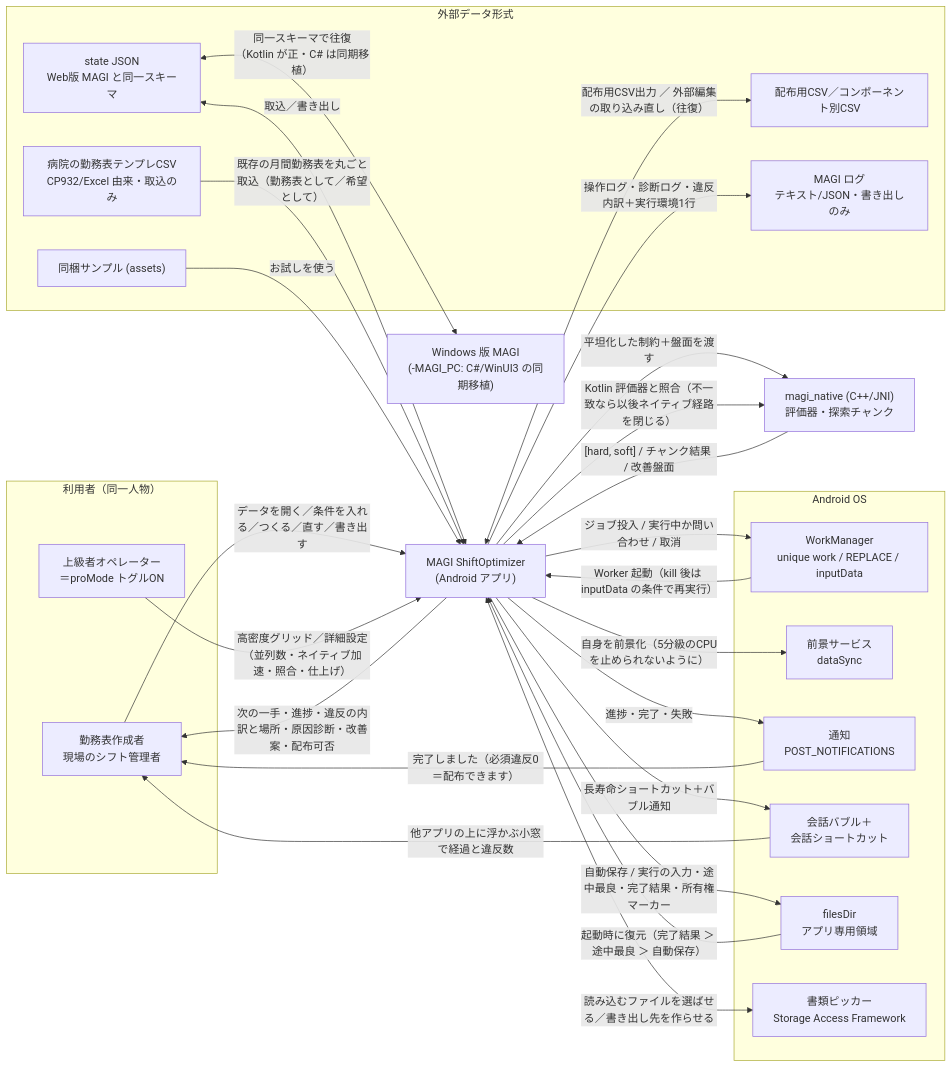
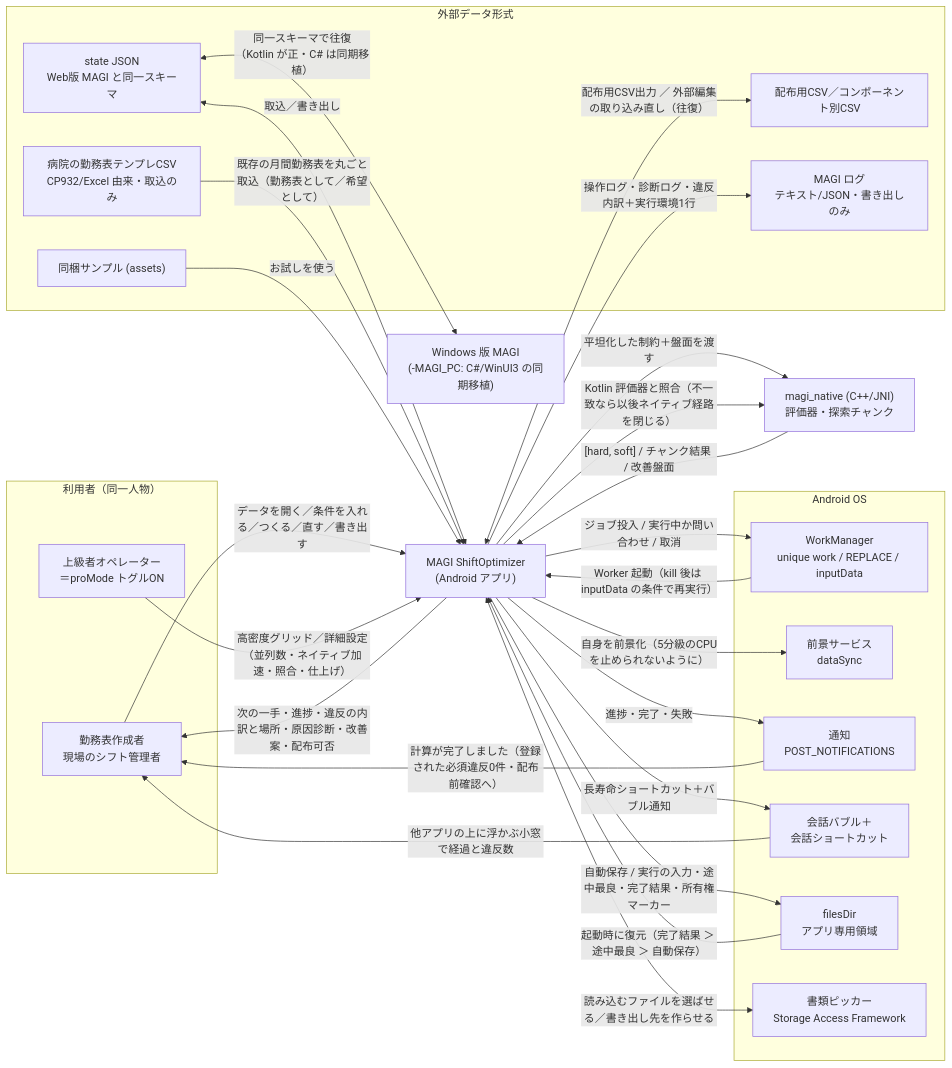
The first of 4 diagrams in docs/sudo_model.md (ichirocc/magi7ichiro-fork), drawn with Mermaid before and after one commit. The commit also changed 33 other files, not shown here.

````diff
--- a/docs/sudo_model.md
+++ b/docs/sudo_model.md
@@ -31,55 +31,55 @@
 ```mermaid
 flowchart LR
   subgraph Person["利用者（同一人物）"]
     A["勤務表作成者<br/>現場のシフト管理者"]
     A2["上級者オペレーター<br/>＝proMode トグルON"]
   end
 
   APP["MAGI ShiftOptimizer<br/>(Android アプリ)"]
 
   subgraph OS["Android OS"]
     WM["WorkManager<br/>unique work / REPLACE / inputData"]
     FGS["前景サービス<br/>dataSync"]
     NOTI["通知<br/>POST_NOTIFICATIONS"]
     BUB["会話バブル＋<br/>会話ショートカット"]
     FS["filesDir<br/>アプリ専用領域"]
     SAF["書類ピッカー<br/>Storage Access Framework"]
   end
 
   NATIVE["magi_native (C++/JNI)<br/>評価器・探索チャンク"]
   WIN["Windows 版 MAGI<br/>(-MAGI_PC: C#/WinUI3 の同期移植)"]
 
   subgraph Data["外部データ形式"]
     SJ["state JSON<br/>Web版 MAGI と同一スキーマ"]
     TCSV["病院の勤務表テンプレCSV<br/>CP932/Excel 由来・取込のみ"]
     DCSV["配布用CSV／コンポーネント別CSV"]
     LOG["MAGI ログ<br/>テキスト/JSON・書き出しのみ"]
     ASSET["同梱サンプル (assets)"]
   end
 
   A -->|"データを開く／条件を入れる／つくる／直す／書き出す"| APP
   APP -->|"次の一手・進捗・違反の内訳と場所・原因診断・改善案・配布可否"| A
   A2 -->|"高密度グリッド／詳細設定（並列数・ネイティブ加速・照合・仕上げ）"| APP
 
   APP -->|"ジョブ投入 / 実行中か問い合わせ / 取消"| WM
   WM -->|"Worker 起動（kill 後は inputData の条件で再実行）"| APP
   APP -->|"自身を前景化（5分級のCPUを止められないように）"| FGS
   APP -->|"進捗・完了・失敗"| NOTI
-  NOTI -->|"完了しました（必須違反0＝配布できます）"| A
+  NOTI -->|"計算が完了しました（登録された必須違反0件・配布前確認へ）"| A
   APP -->|"長寿命ショートカット＋バブル通知"| BUB
   BUB -->|"他アプリの上に浮かぶ小窓で経過と違反数"| A
   APP -->|"自動保存 / 実行の入力・途中最良・完了結果・所有権マーカー"| FS
   FS -->|"起動時に復元（完了結果 ＞ 途中最良 ＞ 自動保存）"| APP
   APP <-->|"読み込むファイルを選ばせる／書き出し先を作らせる"| SAF
 
   APP -->|"平坦化した制約＋盤面を渡す"| NATIVE
   NATIVE -->|"[hard, soft] / チャンク結果 / 改善盤面"| APP
   APP -->|"Kotlin 評価器と照合（不一致なら以後ネイティブ経路を閉じる）"| NATIVE
 
   SJ <-->|"取込／書き出し"| APP
   SJ <-->|"同一スキーマで往復（Kotlin が正・C# は同期移植）"| WIN
   TCSV -->|"既存の月間勤務表を丸ごと取込（勤務表として／希望として）"| APP
   APP <-->|"配布用CSV出力 ／ 外部編集の取り込み直し（往復）"| DCSV
   APP -->|"操作ログ・診断ログ・違反内訳＋実行環境1行"| LOG
   ASSET -->|"お試しを使う"| APP
 ```
````
